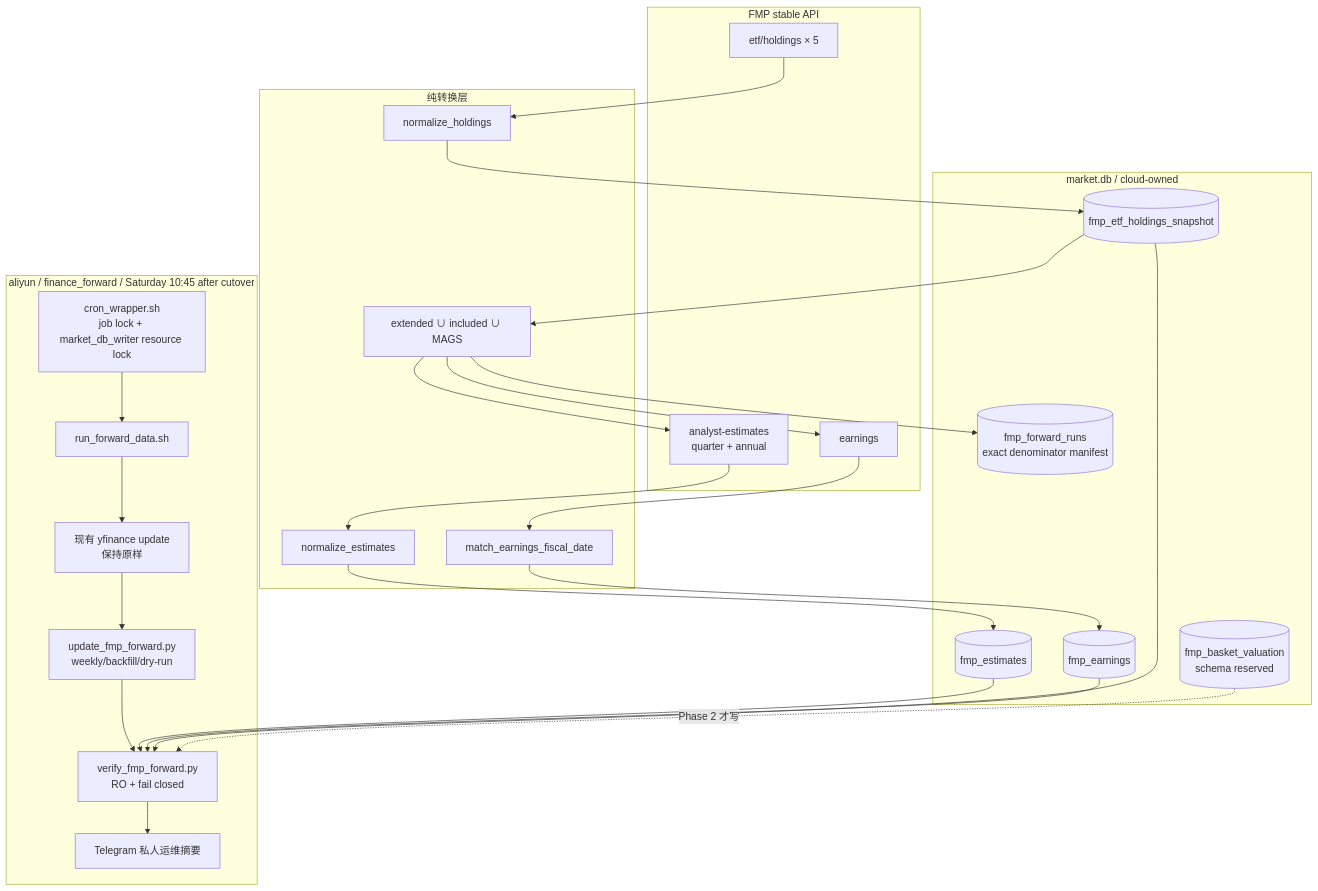
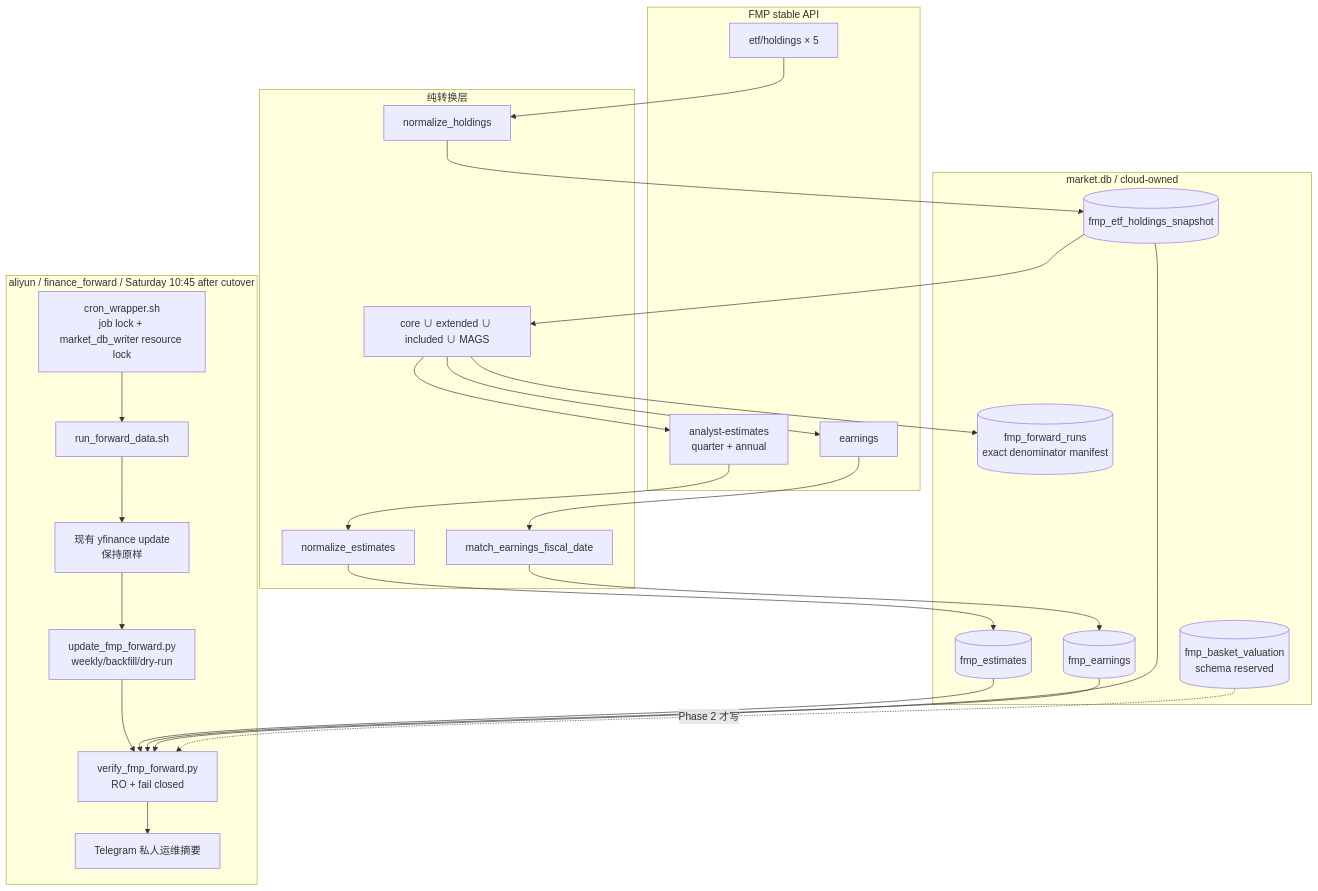
The first of 3 diagrams in docs/plans/2026-07-11-fmp-forward-eps-data-layer.md (owenliang60-ship-it/finance), drawn with Mermaid before and after one commit. The commit also changed other lines of this file and 1 other file, not shown here.

````diff
--- a/docs/plans/2026-07-11-fmp-forward-eps-data-layer.md
+++ b/docs/plans/2026-07-11-fmp-forward-eps-data-layer.md
@@ -33,40 +41,40 @@
 ```mermaid
 flowchart TB
     subgraph Cloud["aliyun / finance_forward / Saturday 10:45 after cutover"]
         CW["cron_wrapper.sh<br/>job lock + market_db_writer resource lock"]
         YF["现有 yfinance update<br/>保持原样"]
         RF["run_forward_data.sh"]
         UF["update_fmp_forward.py<br/>weekly/backfill/dry-run"]
         V["verify_fmp_forward.py<br/>RO + fail closed"]
         TG["Telegram 私人运维摘要"]
         CW --> RF --> YF --> UF --> V --> TG
     end
 
     subgraph API["FMP stable API"]
         H["etf/holdings × 5"]
         E["analyst-estimates<br/>quarter + annual"]
         A["earnings"]
     end
 
     subgraph Pure["纯转换层"]
         NH["normalize_holdings"]
         NE["normalize_estimates"]
         NA["match_earnings_fiscal_date"]
-        U["extended ∪ included ∪ MAGS"]
+        U["core ∪ extended ∪ included ∪ MAGS"]
     end
 
     subgraph DB["market.db / cloud-owned"]
         T1[("fmp_estimates")]
         T2[("fmp_earnings")]
         T3[("fmp_etf_holdings_snapshot")]
         T4[("fmp_basket_valuation<br/>schema reserved")]
         T5[("fmp_forward_runs<br/>exact denominator manifest")]
     end
 
     H --> NH --> T3 --> U
     U --> T5
     U --> E --> NE --> T1
     U --> A --> NA --> T2
     T1 & T2 & T3 --> V
     T4 -. "Phase 2 才写" .-> V
 ```
````
